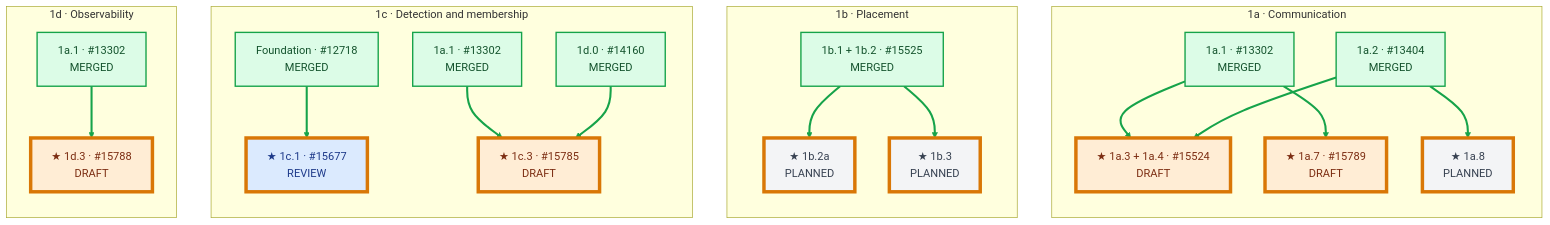
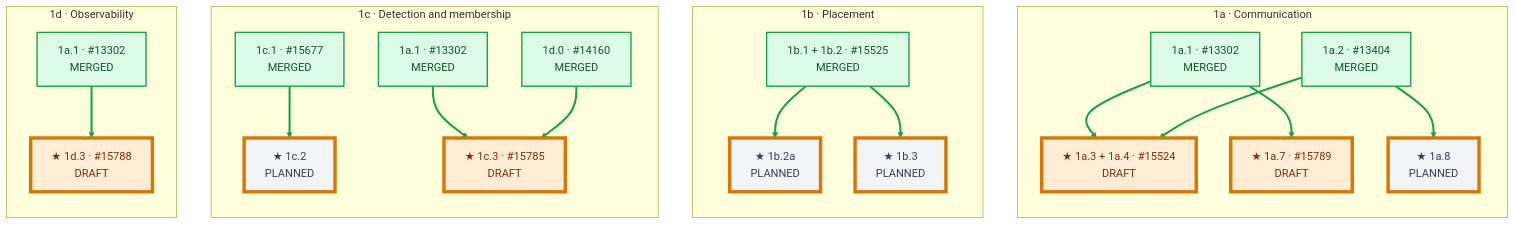
The first of 8 diagrams in docs/design/wide-ep-fault-tolerance/pr-execution/mvp-dependency-graph.md (chienchunhung/TensorRT-LLM), drawn with Mermaid before and after one commit. The commit also changed other lines of this file and 4 other files, not shown here.

Commit message:
docs: update WideEP graph for merged PR 15677

````diff
--- a/docs/design/wide-ep-fault-tolerance/pr-execution/mvp-dependency-graph.md
+++ b/docs/design/wide-ep-fault-tolerance/pr-execution/mvp-dependency-graph.md
@@ -40,57 +40,56 @@
 ```mermaid
 flowchart TB
     subgraph ACTION_COMM["1a · Communication"]
         direction TB
         A11_C["1a.1 · #13302<br/>MERGED"]
         A12_C["1a.2 · #13404<br/>MERGED"]
         A134["★ 1a.3 + 1a.4 · #15524<br/>DRAFT"]
         A17["★ 1a.7 · #15789<br/>DRAFT"]
         A18["★ 1a.8<br/>PLANNED"]
         A11_C --> A134
         A12_C --> A134
         A11_C --> A17
         A12_C --> A18
     end
 
     subgraph ACTION_PLACE["1b · Placement"]
         direction TB
         B112_P["1b.1 + 1b.2 · #15525<br/>MERGED"]
         B12A["★ 1b.2a<br/>PLANNED"]
         B13["★ 1b.3<br/>PLANNED"]
         B112_P --> B12A
         B112_P --> B13
     end
 
     subgraph ACTION_CONTROL["1c · Detection and membership"]
         direction TB
-        P12718_C["Foundation · #12718<br/>MERGED"]
         A11_C2["1a.1 · #13302<br/>MERGED"]
         D10_C["1d.0 · #14160<br/>MERGED"]
-        C11["★ 1c.1 · #15677<br/>REVIEW"]
+        C11["1c.1 · #15677<br/>MERGED"]
+        C12["★ 1c.2<br/>PLANNED"]
         C13["★ 1c.3 · #15785<br/>DRAFT"]
-        P12718_C --> C11
+        C11 --> C12
         A11_C2 --> C13
         D10_C --> C13
     end
 
     subgraph ACTION_LIFECYCLE["1d · Observability"]
         direction TB
         A11_D["1a.1 · #13302<br/>MERGED"]
         D13["★ 1d.3 · #15788<br/>DRAFT"]
         A11_D --> D13
     end
 
     linkStyle default stroke:#16a34a,stroke-width:3px;
 
     classDef merged fill:#dcfce7,stroke:#16a34a,color:#14532d,stroke-width:2px;
     classDef draft fill:#ffedd5,stroke:#f97316,color:#7c2d12,stroke-width:2px;
     classDef reviewing fill:#dbeafe,stroke:#2563eb,color:#1e3a8a,stroke-width:2px;
     classDef planned fill:#f3f4f6,stroke:#6b7280,color:#374151,stroke-dasharray:5 5;
     classDef candidate stroke:#d97706,stroke-width:5px,stroke-dasharray:0;
 
-    class A11_C,A12_C,B112_P,P12718_C,A11_C2,D10_C,A11_D merged;
+    class A11_C,A12_C,B112_P,A11_C2,D10_C,C11,A11_D merged;
     class A134,A17,C13,D13 draft;
-    class C11 reviewing;
-    class A18,B12A,B13 planned;
-    class A134,A17,A18,B12A,B13,C11,C13,D13 candidate;
+    class A18,B12A,B13,C12 planned;
+    class A134,A17,A18,B12A,B13,C12,C13,D13 candidate;
 ```
````
